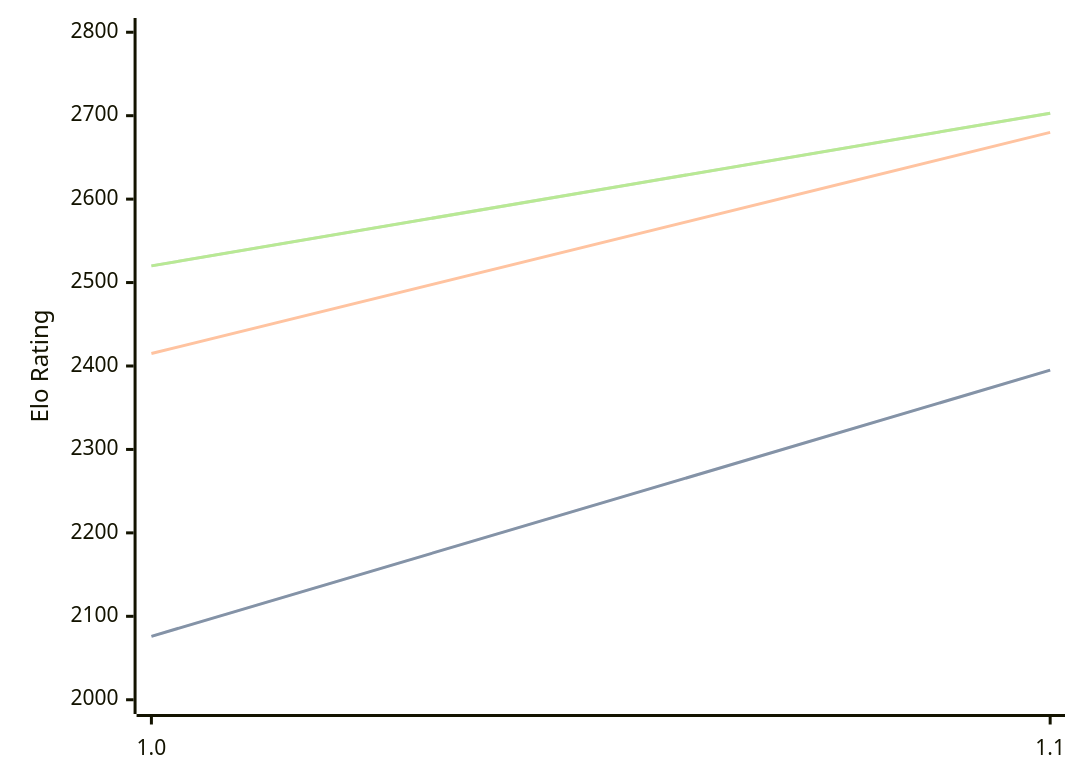
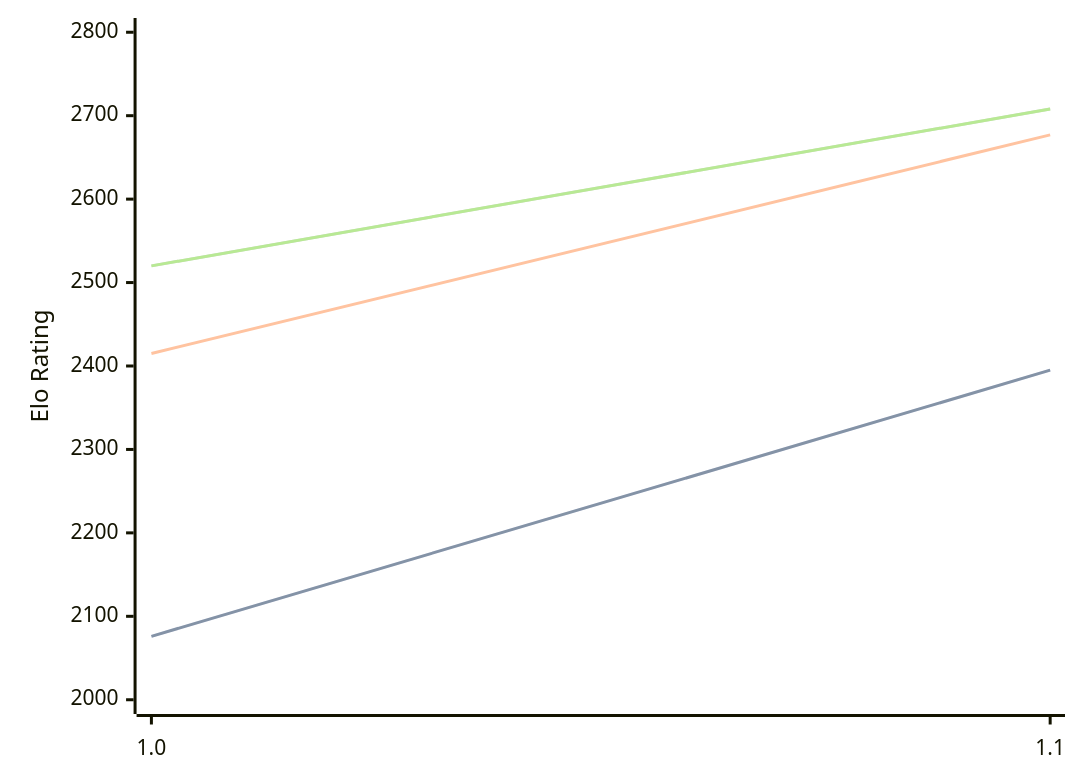
Before and after one commit to computer-chess-index/cci: the diagram in engines/Erinn.md, drawn with Mermaid. The commit also changed other lines of this file, not shown here.

Commit message:
Update CCI Ratings (ELO VLTC) - 2026-07-22

````diff
--- a/engines/Erinn.md
+++ b/engines/Erinn.md
@@ -32,11 +32,11 @@
 ```mermaid
 %%{init: {"theme":"base","themeVariables":{"seriesColors:['#a3a3a3','#222221','#faa371']}}}%%
 xychart-beta
   x-axis ["1.0", "1.1"]
   y-axis "Elo Rating" 2000 --> 2800
   line "STC (8.0+0.08s)" [2076, 2395]
   line "STC (8.0+0.08s)" [2076, 2395]
-  line "LTC (60.0+0.60s)" [2415, 2680]
-  line "VLTC (2m24s+1.12s)" [2520, 2703]
-  line "VLTC (2m24s+1.12s)" [2520, 2703]
+  line "LTC (60.0+0.60s)" [2415, 2677]
+  line "VLTC (2m24s+1.12s)" [2520, 2708]
+  line "VLTC (2m24s+1.12s)" [2520, 2708]
 ```
````
